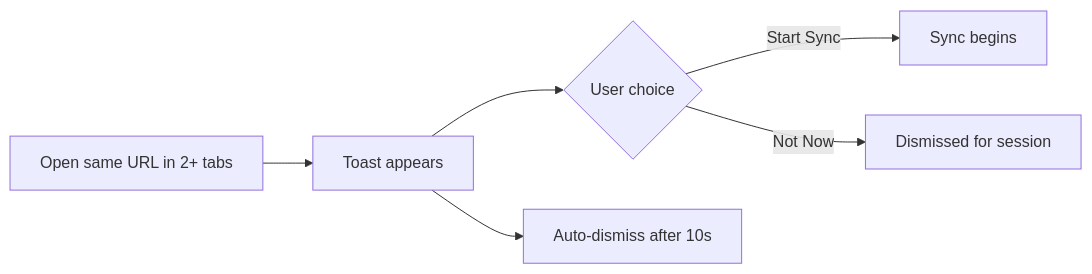
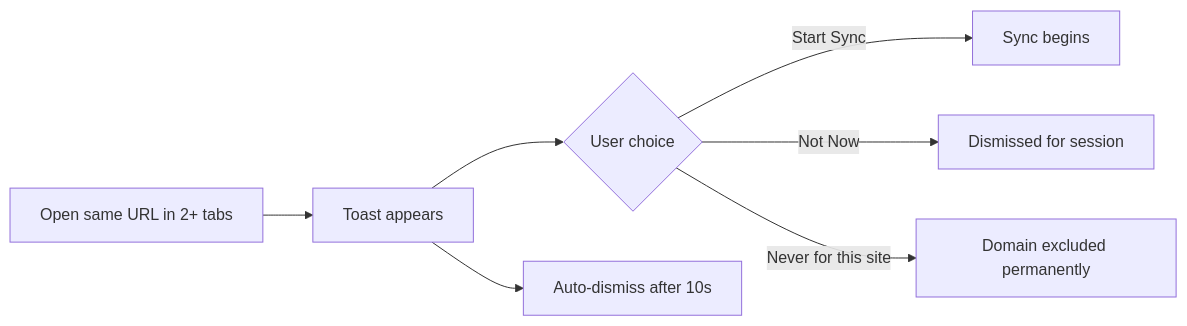
One commit to jaem1n207/synchronize-tab-scrolling changed the third of 4 diagrams in README.md. Above: the diagram before and after it, drawn with Mermaid. The commit also changed other lines of this file and 3 other files, not shown here.

````diff
--- a/README.md
+++ b/README.md
@@ -155,8 +155,9 @@
 ```mermaid
 flowchart LR
     A[Open same URL in 2+ tabs] --> B[Toast appears]
     B --> C{User choice}
     C -->|Start Sync| D[Sync begins]
     C -->|Not Now| E[Dismissed for session]
-    B --> F[Auto-dismiss after 10s]
+    C -->|Never for this site| F[Domain excluded permanently]
+    B --> G[Auto-dismiss after 10s]
 ```
````
